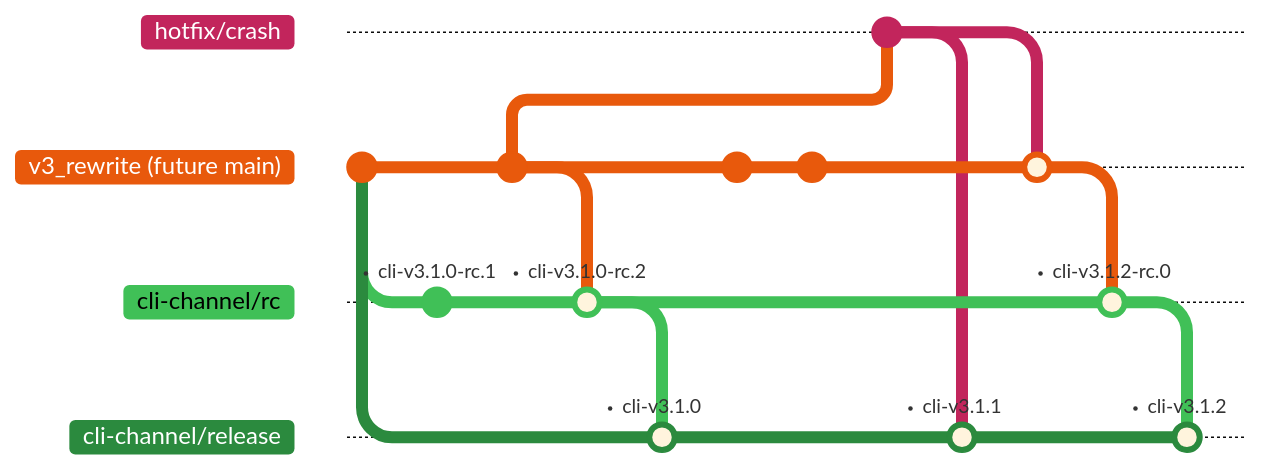
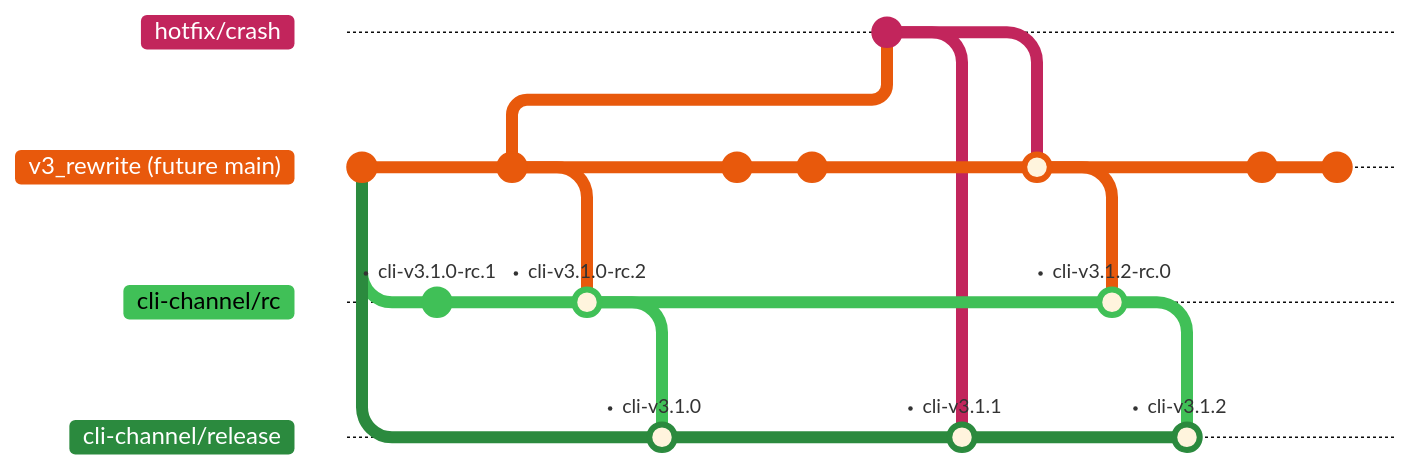
One commit to deephaven/deephaven-mcp changed the second of 4 diagrams in docs/RELEASE_ARCHITECTURE.md. Above: the diagram before and after it, drawn with Mermaid. The commit also changed other lines of this file, not shown here. Commit ids are hidden.

Commit message:
docs: DH-24407: room for GitHub's diagram controls
Two trailing v3_rewrite commits in each branch diagram move the last
release and rc commits out from under the zoom controls.

````diff
--- a/docs/RELEASE_ARCHITECTURE.md
+++ b/docs/RELEASE_ARCHITECTURE.md
@@ -93,42 +96,45 @@
 ```mermaid
 %%{init: {
   'theme': 'base',
   'gitGraph': {'mainBranchName': 'v3_rewrite (future main)', 'mainBranchOrder': 1, 'showCommitLabel': false},
   'themeVariables': {
     'git0': '#c2255c', 'gitBranchLabel0': '#ffffff',
     'git1': '#e8590c', 'gitBranchLabel1': '#ffffff',
     'git2': '#40c057', 'gitBranchLabel2': '#000000',
     'git3': '#2b8a3e', 'gitBranchLabel3': '#ffffff',
     'tagLabelBackground': 'transparent', 'tagLabelBorder': 'transparent',
     'tagLabelColor': '#333333', 'tagLabelFontSize': '13px'
   },
   'themeCSS': '.tag-hole { display: none; } .tag-label { font-weight: 600; } .tag-label, .tag-label-bkg { transform: translateY(42px); }'
 }}%%
 gitGraph
   commit
   branch cli-channel/release order: 3
   checkout "v3_rewrite (future main)"
   branch cli-channel/rc order: 2
   commit tag: "cli-v3.1.0-rc.1"
   checkout "v3_rewrite (future main)"
   commit
   checkout cli-channel/rc
   merge "v3_rewrite (future main)" tag: "cli-v3.1.0-rc.2"
   checkout cli-channel/release
   merge cli-channel/rc tag: "cli-v3.1.0"
   checkout "v3_rewrite (future main)"
   branch hotfix/crash order: 0
   checkout "v3_rewrite (future main)"
   commit
   commit
   checkout hotfix/crash
   commit
   checkout cli-channel/release
   merge hotfix/crash tag: "cli-v3.1.1"
   checkout "v3_rewrite (future main)"
   merge hotfix/crash
   checkout cli-channel/rc
   merge "v3_rewrite (future main)" tag: "cli-v3.1.2-rc.0"
   checkout cli-channel/release
   merge cli-channel/rc tag: "cli-v3.1.2"
+  checkout "v3_rewrite (future main)"
+  commit
+  commit
 ```
````
